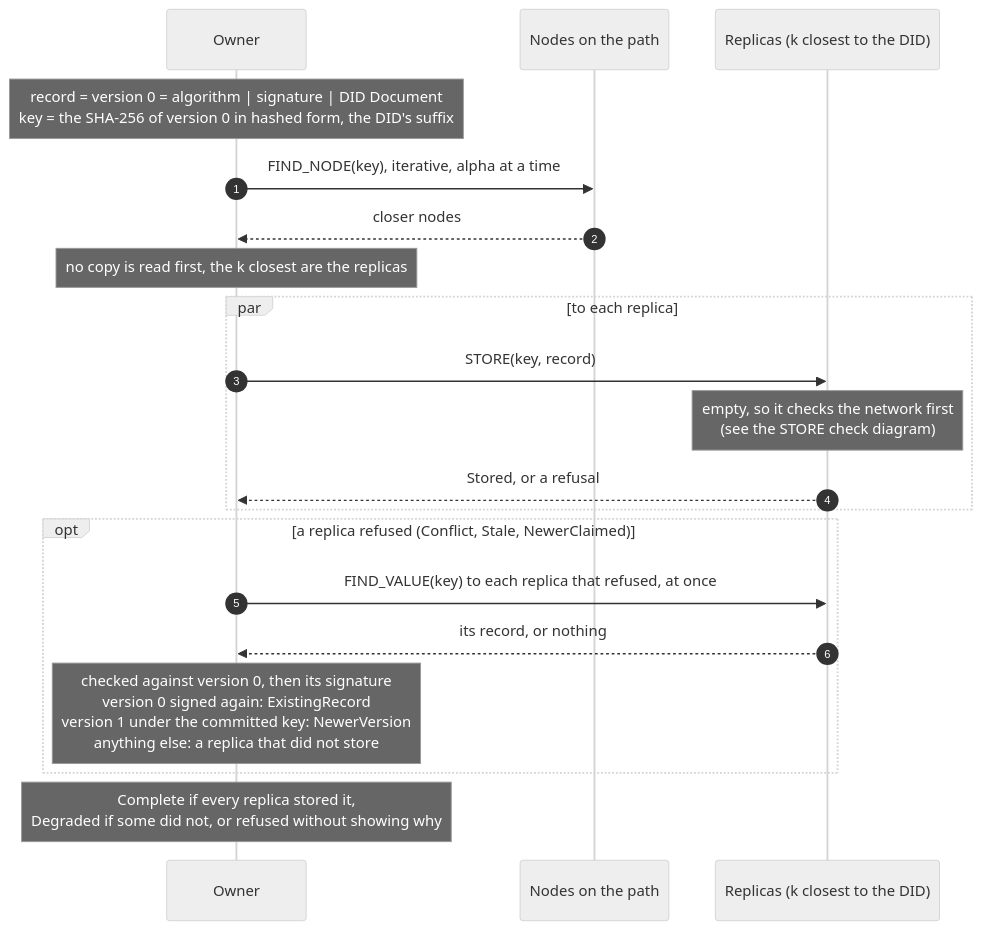
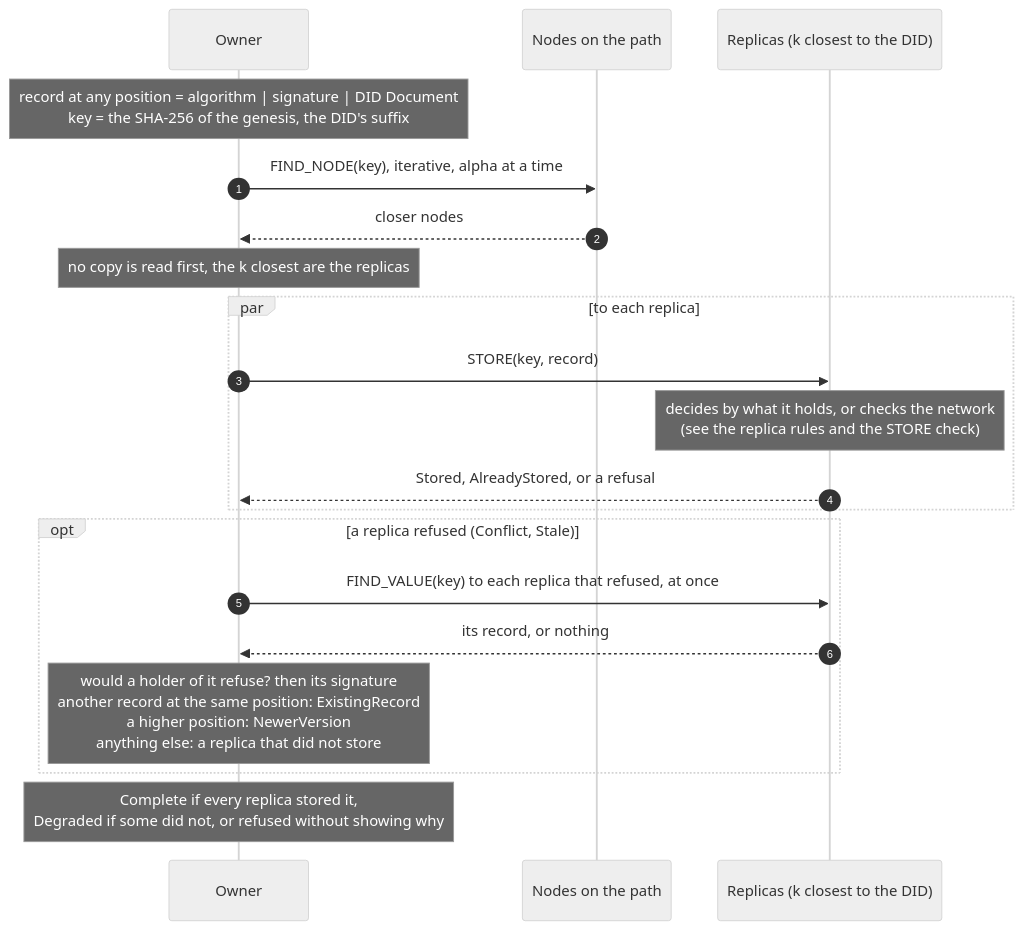
One commit to fratrung/auth-kademlia-rs changed the diagram in docs/design/publish.mmd. Above: the diagram before and after it, drawn with Mermaid (neutral theme). The commit also changed 28 other files, not shown here.

```diff
--- a/docs/design/publish.mmd
+++ b/docs/design/publish.mmd
@@ -1,20 +1,20 @@
 sequenceDiagram
     autonumber
     participant O as Owner
     participant N as Nodes on the path
     participant R as Replicas (k closest to the DID)
-    Note over O: record = version 0 = algorithm | signature | DID Document<br/>key = the SHA-256 of version 0 in hashed form, the DID's suffix
+    Note over O: record at any position = algorithm | signature | DID Document<br/>key = the SHA-256 of the genesis, the DID's suffix
     O->>N: FIND_NODE(key), iterative, alpha at a time
     N-->>O: closer nodes
     Note over O: no copy is read first, the k closest are the replicas
     par to each replica
         O->>R: STORE(key, record)
-        Note over R: empty, so it checks the network first<br/>(see the STORE check diagram)
-        R-->>O: Stored, or a refusal
+        Note over R: decides by what it holds, or checks the network<br/>(see the replica rules and the STORE check)
+        R-->>O: Stored, AlreadyStored, or a refusal
     end
-    opt a replica refused (Conflict, Stale, NewerClaimed)
+    opt a replica refused (Conflict, Stale)
         O->>R: FIND_VALUE(key) to each replica that refused, at once
         R-->>O: its record, or nothing
-        Note over O: checked against version 0, then its signature<br/>version 0 signed again: ExistingRecord<br/>version 1 under the committed key: NewerVersion<br/>anything else: a replica that did not store
+        Note over O: would a holder of it refuse? then its signature<br/>another record at the same position: ExistingRecord<br/>a higher position: NewerVersion<br/>anything else: a replica that did not store
     end
     Note over O: Complete if every replica stored it,<br/>Degraded if some did not, or refused without showing why
```
